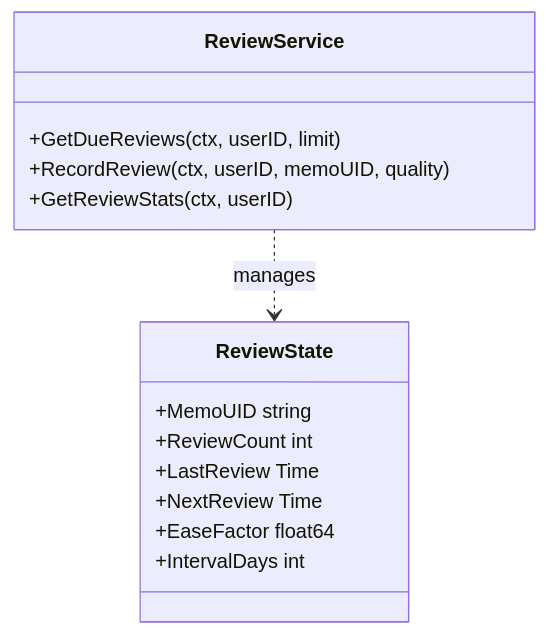
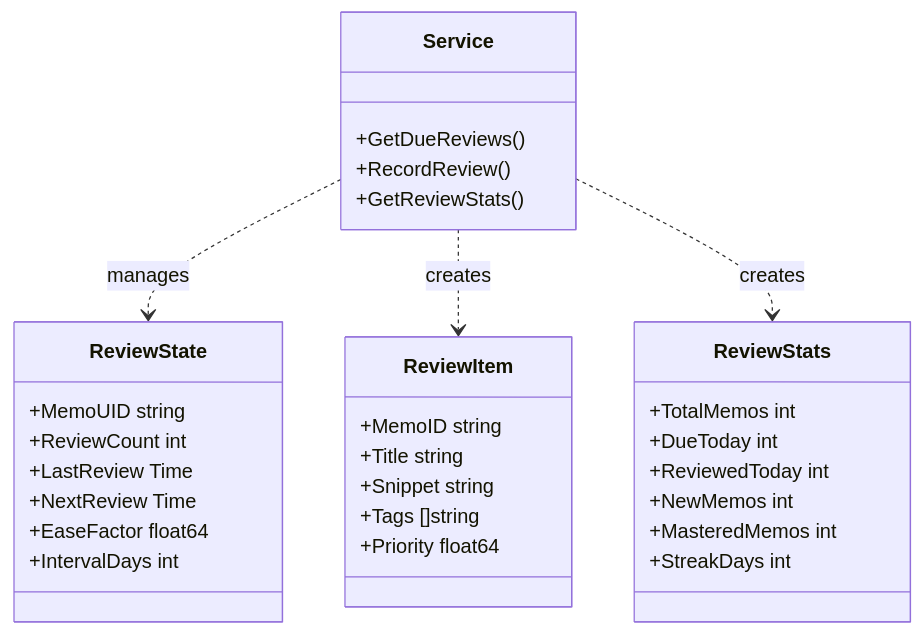
The first of 2 diagrams in ai/review/README.md (88lin/divinesense), drawn with Mermaid before and after one commit. The commit also changed other lines of this file and 27 other files, not shown here.

````diff
--- a/ai/review/README.md
+++ b/ai/review/README.md
@@ -7,18 +7,35 @@
 ```mermaid
 classDiagram
-    class ReviewService {
-        +GetDueReviews(ctx, userID, limit)
-        +RecordReview(ctx, userID, memoUID, quality)
-        +GetReviewStats(ctx, userID)
+    class Service {
+        +GetDueReviews()
+        +RecordReview()
+        +GetReviewStats()
     }
     class ReviewState {
         +MemoUID string
         +ReviewCount int
         +LastReview Time
         +NextReview Time
         +EaseFactor float64
         +IntervalDays int
     }
-    
-    ReviewService ..> ReviewState : manages
+    class ReviewItem {
+        +MemoID string
+        +Title string
+        +Snippet string
+        +Tags []string
+        +Priority float64
+    }
+    class ReviewStats {
+        +TotalMemos int
+        +DueToday int
+        +ReviewedToday int
+        +NewMemos int
+        +MasteredMemos int
+        +StreakDays int
+    }
+
+    Service ..> ReviewState : manages
+    Service ..> ReviewItem : creates
+    Service ..> ReviewStats : creates
 ```
````
